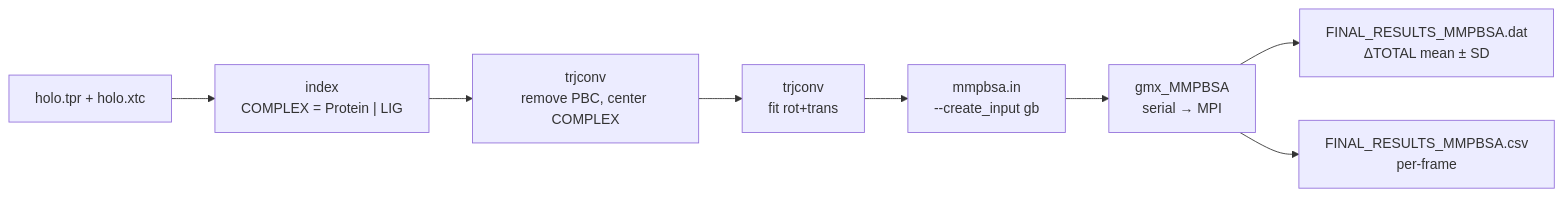
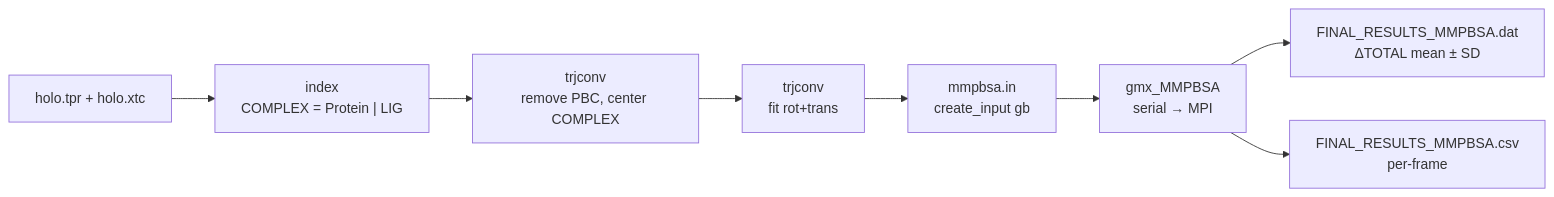
Before and after one commit to 129namworkkk/gromacs-md-protocols: the diagram in protein-ligand/MMGBSA.md, drawn with Mermaid. The commit also changed other lines of this file and 12 other files, not shown here.

````diff
--- a/protein-ligand/MMGBSA.md
+++ b/protein-ligand/MMGBSA.md
@@ -5,10 +5,10 @@
 ```mermaid
 flowchart LR
     A[holo.tpr + holo.xtc] --> B["index<br/>COMPLEX = Protein | LIG"]
     B --> C[trjconv<br/>remove PBC, center COMPLEX]
     C --> D[trjconv<br/>fit rot+trans]
-    D --> E[mmpbsa.in<br/>--create_input gb]
+    D --> E["mmpbsa.in<br/>create_input gb"]
     E --> F[gmx_MMPBSA<br/>serial → MPI]
     F --> G[FINAL_RESULTS_MMPBSA.dat<br/>ΔTOTAL mean ± SD]
     F --> H[FINAL_RESULTS_MMPBSA.csv<br/>per-frame]
 ```
````
